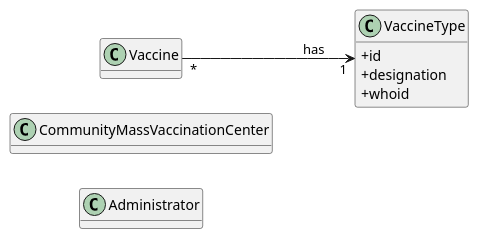
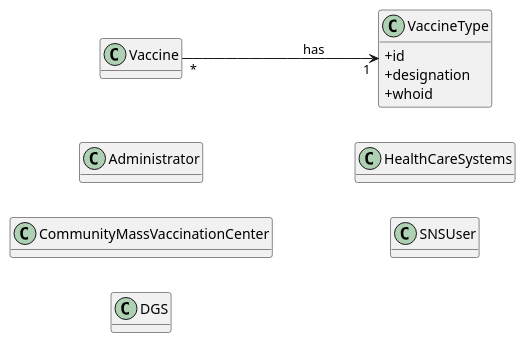
One commit to miseEnPlace-i/lapr2 changed the diagram in docs/SprintA/DM.puml. Above: the diagram before and after it, drawn with PlantUML. The commit also changed 1 other file, not shown here.

```diff
--- a/docs/SprintA/DM.puml
+++ b/docs/SprintA/DM.puml
@@ -1,22 +1,27 @@
 @startuml
 hide methods
 left to right direction
 skinparam classAttributeIconSize 0
 
 class Administrator {}
 
 class CommunityMassVaccinationCenter {}
 
 class Vaccine {}
 
 class VaccineType {
     + id
     + designation
     + whoid
 }
 
+class DGS {}
+
+class HealthCareSystems {}
+
+class SNSUser {}
 
 Vaccine "*" --> "1" VaccineType : has
 
 
 @enduml
```
